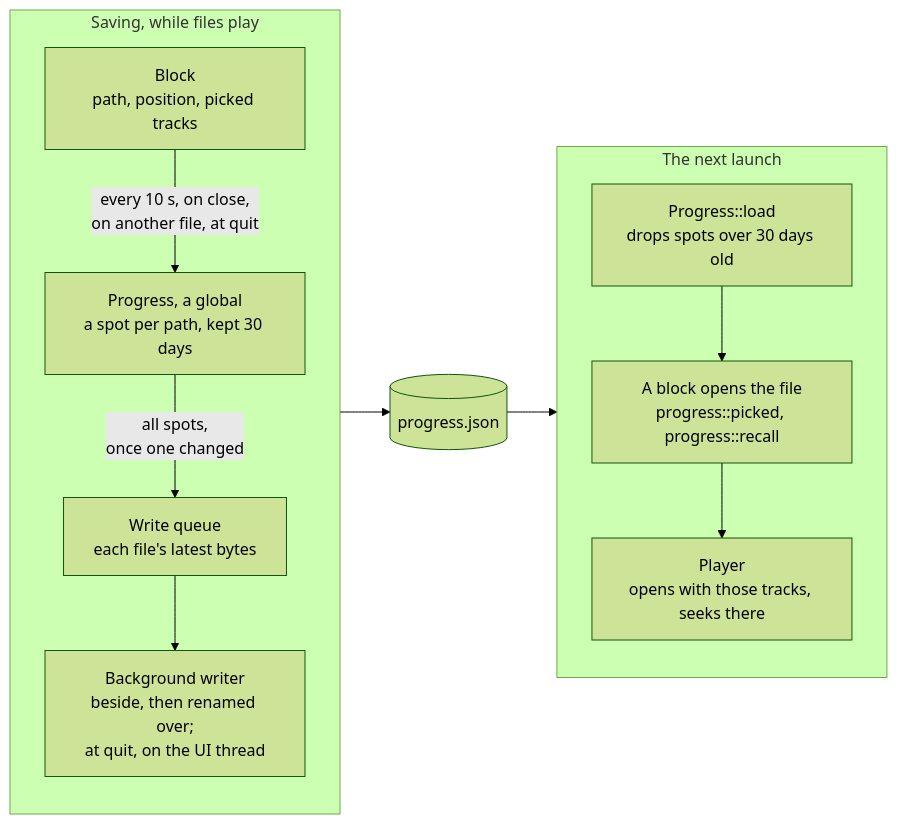
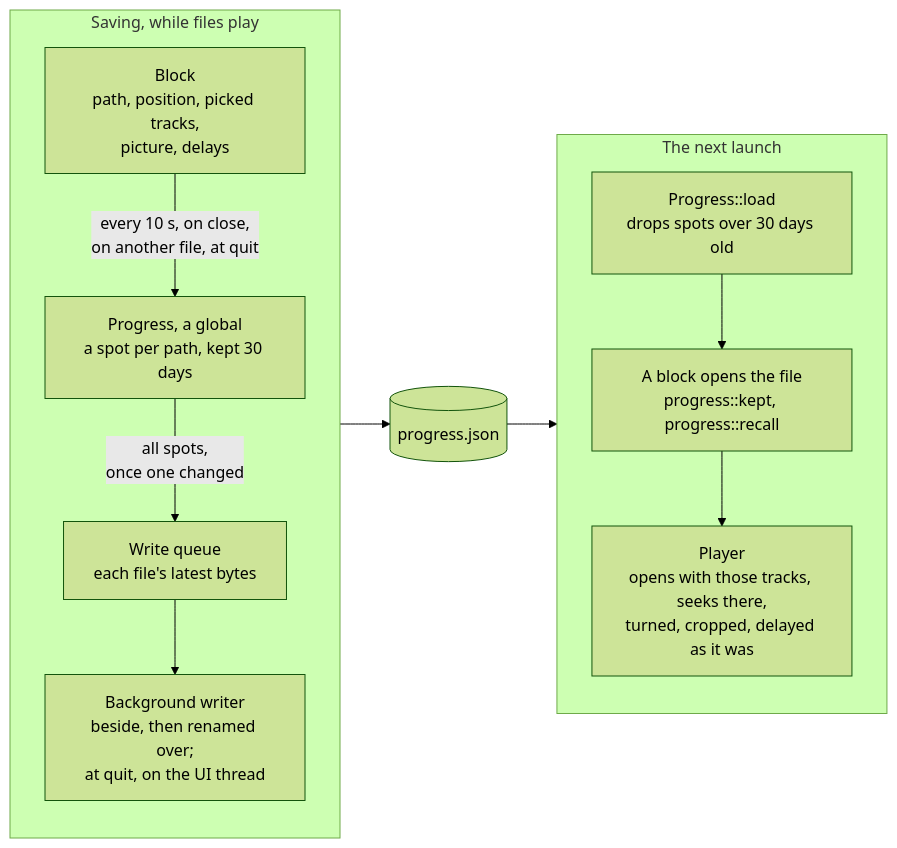
Before and after one commit to velocityzen/Plays: the seventh of 10 diagrams in ARCHITECTURE.md, drawn with Mermaid (forest theme). The commit also changed other lines of this file and 9 other files, not shown here.

Commit message:
A file opened again is turned, mirrored, at the aspect ratio, cropped and delayed as it was left, kept with its place and tracks for 30 days in progress.json (the ratios by their menu names), whether it resumes where it was or starts over, in a block of its own or the same one (MM-504)

````diff
--- a/ARCHITECTURE.md
+++ b/ARCHITECTURE.md
@@ -472,23 +472,23 @@
 ```mermaid
 flowchart LR
     subgraph saving ["Saving, while files play"]
         direction TB
-        block["Block<br/>path, position, picked tracks"]
+        block["Block<br/>path, position, picked tracks,<br/>picture, delays"]
         progress["Progress, a global<br/>a spot per path, kept 30 days"]
         queue["Write queue<br/>each file's latest bytes"]
         writer["Background writer<br/>beside, then renamed over;<br/>at quit, on the UI thread"]
         block -->|"every 10 s, on close,<br/>on another file, at quit"| progress
         progress -->|"all spots,<br/>once one changed"| queue
         queue --> writer
     end
 
     subgraph restoring ["The next launch"]
         direction TB
         load["Progress::load<br/>drops spots over 30 days old"]
-        opens["A block opens the file<br/>progress::picked, progress::recall"]
-        player["Player<br/>opens with those tracks, seeks there"]
+        opens["A block opens the file<br/>progress::kept, progress::recall"]
+        player["Player<br/>opens with those tracks, seeks there,<br/>turned, cropped, delayed as it was"]
         load --> opens --> player
     end
 
     saving --> file[("progress.json")] --> restoring
 ```
````
